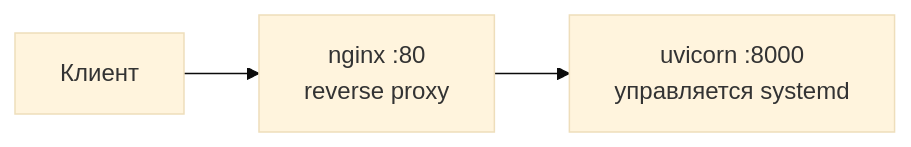
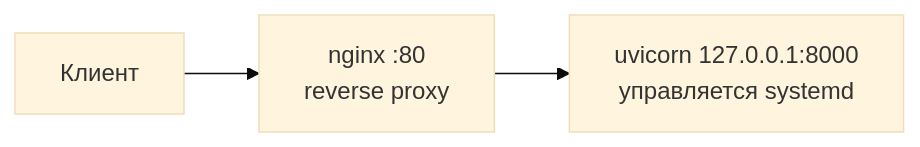
The second of 2 diagrams in README.md (Arteeemm/devops-monitoring-platform), drawn with Mermaid (base theme) before and after one commit. The commit also changed other lines of this file and 2 other files, not shown here.

````diff
--- a/README.md
+++ b/README.md
@@ -32,5 +59,5 @@
 ```mermaid
 flowchart LR
     client["Клиент"] --> nginx["nginx :80\nreverse proxy"]
-    nginx --> app["uvicorn :8000\nуправляется systemd"]
+    nginx --> app["uvicorn 127.0.0.1:8000\nуправляется systemd"]
 ```
````
